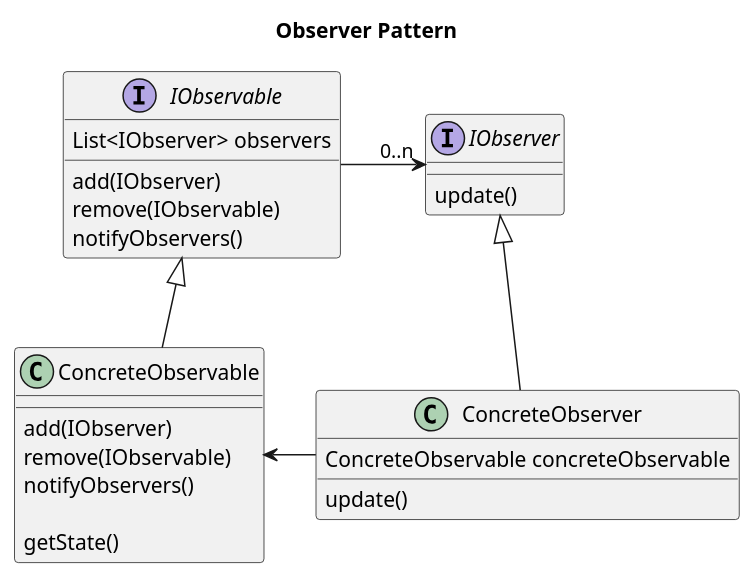
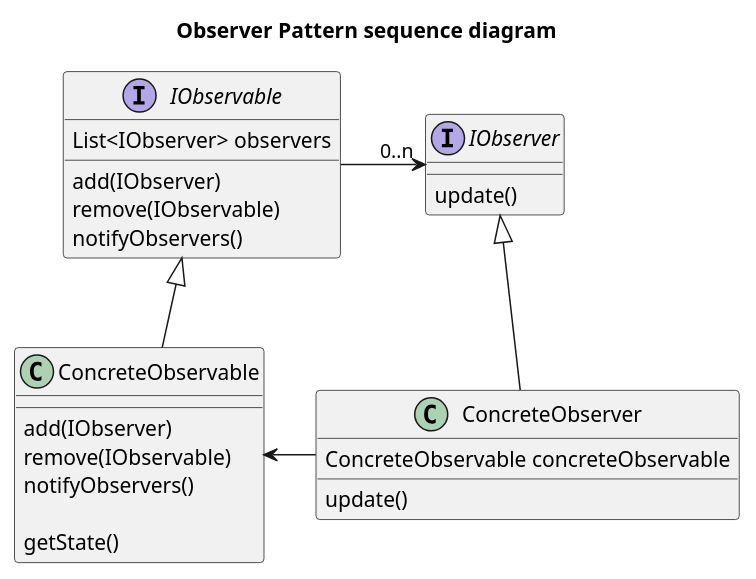
Before and after one commit to nsanitate/design-pattern: the diagram in observer/doc/explaination/class.puml, drawn with PlantUML. The commit also changed 3 other files, not shown here.

Commit message:
docs(observer): added titles to diagrams

```diff
--- a/observer/doc/explaination/class.puml
+++ b/observer/doc/explaination/class.puml
@@ -1,33 +1,33 @@
-@startuml Observer Pattern
-title Observer Pattern
+@startuml Observer Pattern class diagram
+title Observer Pattern sequence diagram
 interface IObservable {
     List<IObserver> observers
 
     add(IObserver)
     remove(IObservable)
     notifyObservers()
 }
 
 interface IObserver {
     update()
 }
 
 class ConcreteObservable {
     add(IObserver)
     remove(IObservable)
     notifyObservers()
 
     getState()
 }
 
 class ConcreteObserver {
     ConcreteObservable concreteObservable
     
     update()
 }
 
 IObservable -> "0..n" IObserver
 IObservable <|-- ConcreteObservable
 IObserver <|-- ConcreteObserver
 ConcreteObservable <- ConcreteObserver
 @enduml
```
